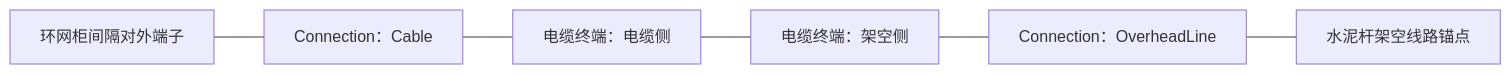
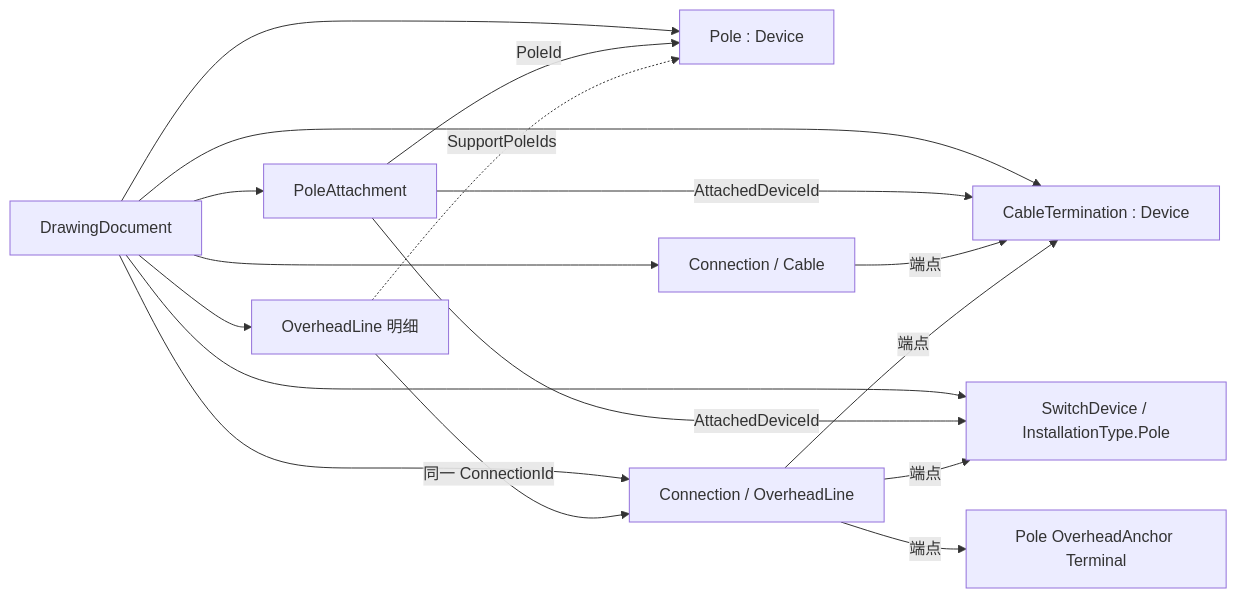
The second of 2 diagrams in docs/equipment-model.md (DamoclesJ/10kV-Distribution-Drawing), drawn with Mermaid before and after one commit. The commit also changed other lines of this file and 2 other files, not shown here.

Commit message:
Add overhead line and pole domain design

````diff
--- a/docs/equipment-model.md
+++ b/docs/equipment-model.md
@@ -609,15 +636,20 @@
 ```mermaid
 flowchart LR
-    BAY["环网柜间隔对外端子"]
-    CABLE["Connection：Cable"]
-    CT1["电缆终端：电缆侧"]
-    CT2["电缆终端：架空侧"]
-    OHL["Connection：OverheadLine"]
-    ANCHOR["水泥杆架空线路锚点"]
+    DOC["DrawingDocument"] --> POLE["Pole : Device"]
+    DOC --> ATTACHMENT["PoleAttachment"]
+    DOC --> CT["CableTermination : Device"]
+    DOC --> SWITCH["SwitchDevice / InstallationType.Pole"]
+    DOC --> CABLE["Connection / Cable"]
+    DOC --> CONNECTION["Connection / OverheadLine"]
+    DOC --> OHL["OverheadLine 明细"]
 
-    BAY --- CABLE
-    CABLE --- CT1
-    CT1 --- CT2
-    CT2 --- OHL
-    OHL --- ANCHOR
+    ATTACHMENT -->|PoleId| POLE
+    ATTACHMENT -->|AttachedDeviceId| CT
+    ATTACHMENT -->|AttachedDeviceId| SWITCH
+    OHL -->|同一 ConnectionId| CONNECTION
+    OHL -.->|SupportPoleIds| POLE
+    CABLE -->|端点| CT
+    CONNECTION -->|端点| CT
+    CONNECTION -->|端点| SWITCH
+    CONNECTION -->|端点| ANCHOR["Pole OverheadAnchor Terminal"]
 ```
````
